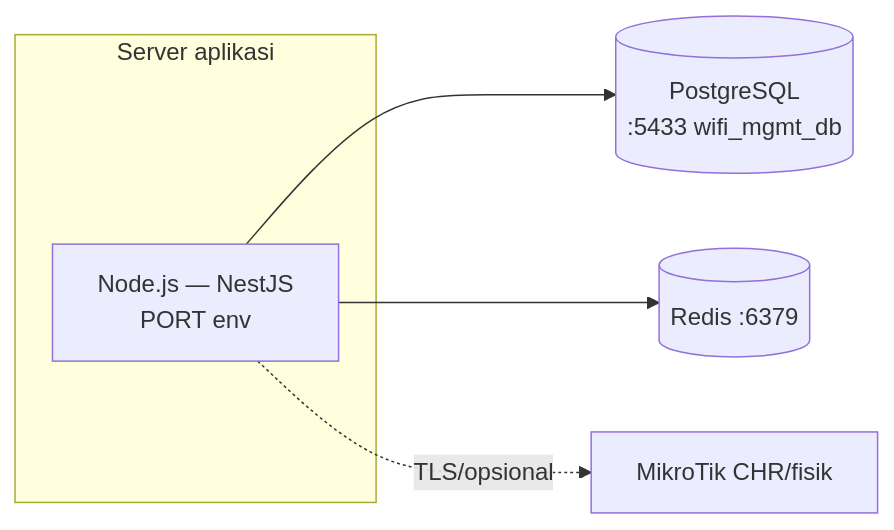
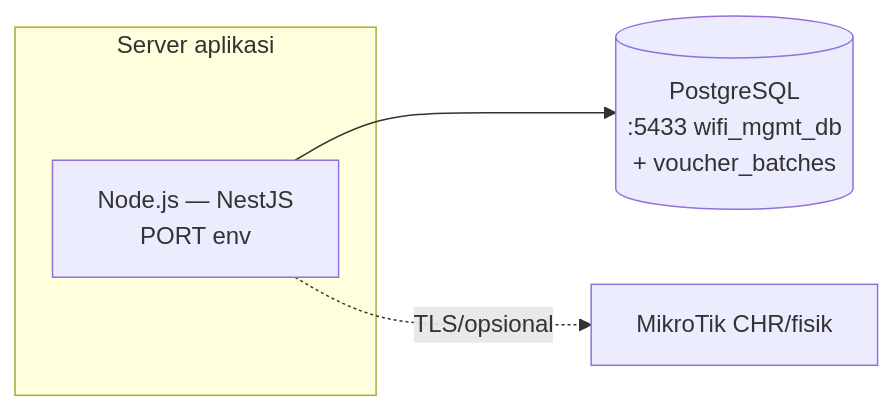
One commit to ramapnd18/backendWebManagementWiFiuntukFnB changed the second of 5 diagrams in doc/spec/ARSITEKTUR.md. Above: the diagram before and after it, drawn with Mermaid. The commit also changed other lines of this file and 14 other files, not shown here.

````diff
--- a/doc/spec/ARSITEKTUR.md
+++ b/doc/spec/ARSITEKTUR.md
@@ -94,11 +93,9 @@
 ```mermaid
 graph LR
     subgraph Host["Server aplikasi"]
         N[Node.js — NestJS<br/>PORT env]
     end
-    PG[(PostgreSQL<br/>:5433 wifi_mgmt_db)]
-    RDS[(Redis :6379)]
+    PG[(PostgreSQL<br/>:5433 wifi_mgmt_db<br/>+ voucher_batches)]
     N --> PG
-    N --> RDS
     N -. TLS/opsional .-> MT[MikroTik CHR/fisik]
 ```
````
